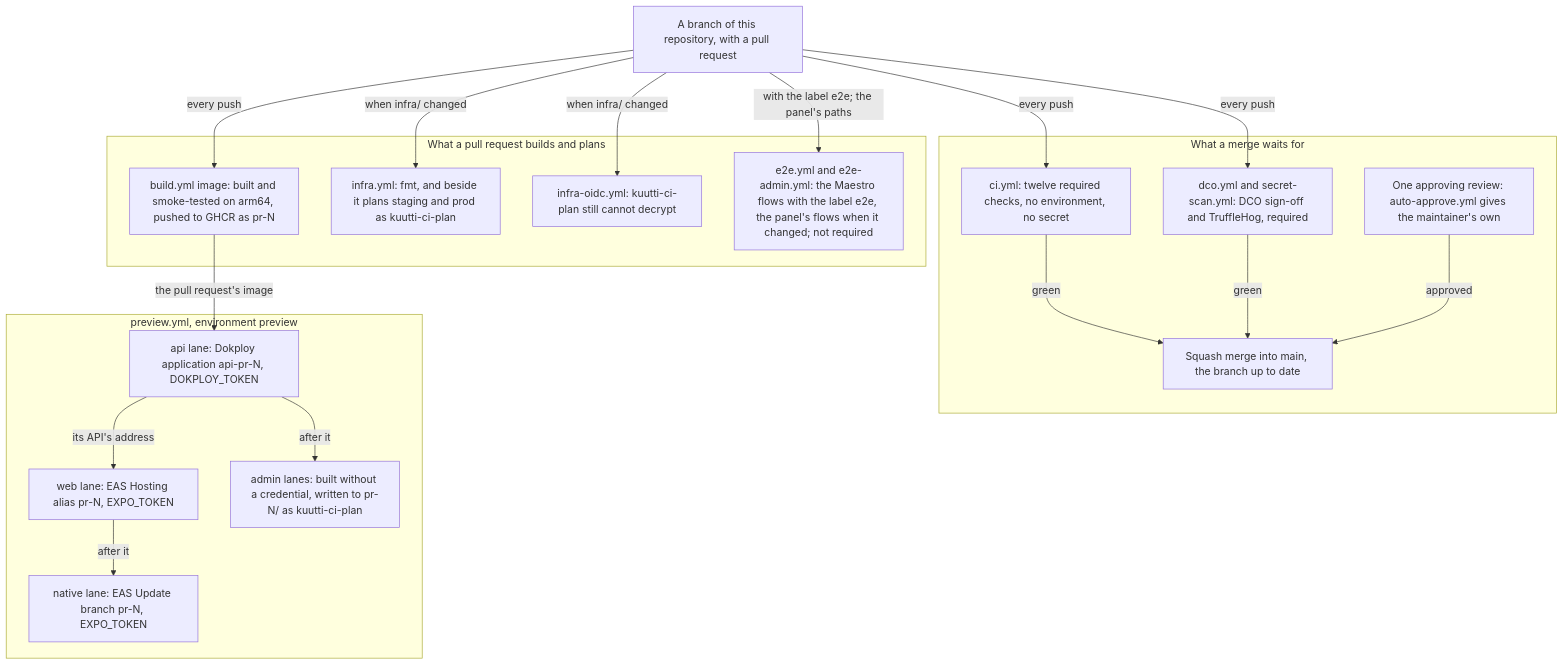
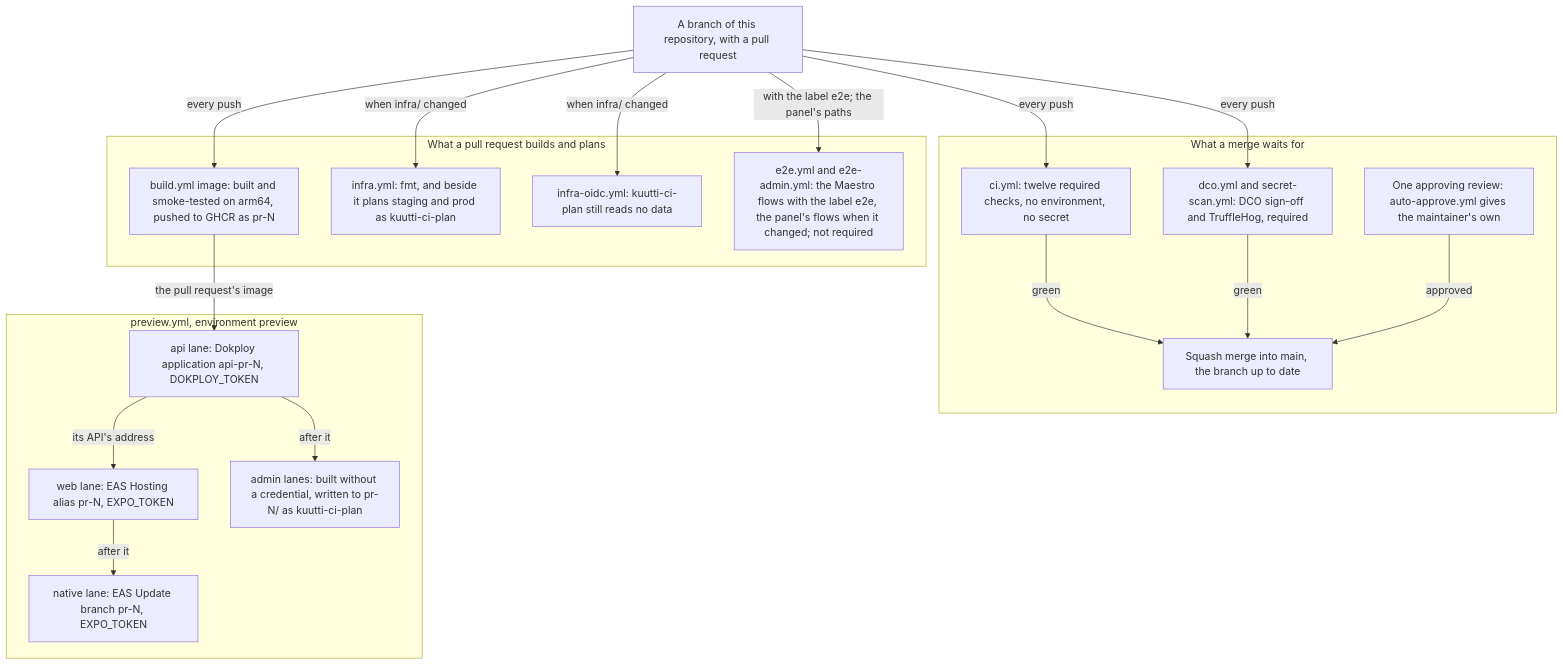
The first of 5 diagrams in docs/architecture/delivery.md (kuutti-ry/kuutti-app), drawn with Mermaid before and after one commit. The commit also changed other lines of this file and 10 other files, not shown here.

First line of the commit message:
Prove in CI that the plan role reads no data (#41) (#628)

````diff
--- a/docs/architecture/delivery.md
+++ b/docs/architecture/delivery.md
@@ -32,37 +32,37 @@
 ```mermaid
 flowchart TB
   accTitle: Delivery, part 1: a pull request
   accDescr: Every push to a pull request runs the fourteen required checks, builds and smoke-tests the API image and pushes it under the pull request's tags. A change under infra is planned for staging and production by the read-only role. The previews deploy the image as a Dokploy application, the web export to EAS Hosting, the admin panel to its prefix and, when native code changed, an EAS Update. Merging needs the checks green and one approving review, and is a squash. The Maestro flows run only with the label e2e, the panel's flows when what they exercise changed; neither gates the merge.
   n1["A branch of this repository, with a pull request"]
   subgraph gates["What a merge waits for"]
     n2["ci.yml: twelve required checks, no environment, no secret"]
     n3["dco.yml and secret-scan.yml: DCO sign-off and TruffleHog, required"]
     n4["One approving review: auto-approve.yml gives the maintainer's own"]
     n5["Squash merge into main, the branch up to date"]
   end
   subgraph prwork["What a pull request builds and plans"]
     n6["build.yml image: built and smoke-tested on arm64, pushed to GHCR as pr-N"]
     n7["infra.yml: fmt, and beside it plans staging and prod as kuutti-ci-plan"]
-    n8["infra-oidc.yml: kuutti-ci-plan still cannot decrypt"]
+    n8["infra-oidc.yml: kuutti-ci-plan still reads no data"]
     n9["e2e.yml and e2e-admin.yml: the Maestro flows with the label e2e, the panel's flows when it changed; not required"]
   end
   subgraph prev["preview.yml, environment preview"]
     n10["api lane: Dokploy application api-pr-N, DOKPLOY_TOKEN"]
     n11["web lane: EAS Hosting alias pr-N, EXPO_TOKEN"]
     n12["admin lanes: built without a credential, written to pr-N/ as kuutti-ci-plan"]
     n13["native lane: EAS Update branch pr-N, EXPO_TOKEN"]
   end
   n1 -->|"every push"| n2
   n1 -->|"every push"| n3
   n1 -->|"every push"| n6
   n1 -->|"when infra/ changed"| n7
   n1 -->|"when infra/ changed"| n8
   n1 -->|"with the label e2e; the panel's paths"| n9
   n2 -->|"green"| n5
   n3 -->|"green"| n5
   n4 -->|"approved"| n5
   n6 -->|"the pull request's image"| n10
   n10 -->|"its API's address"| n11
   n10 -->|"after it"| n12
   n11 -->|"after it"| n13
 ```
````
